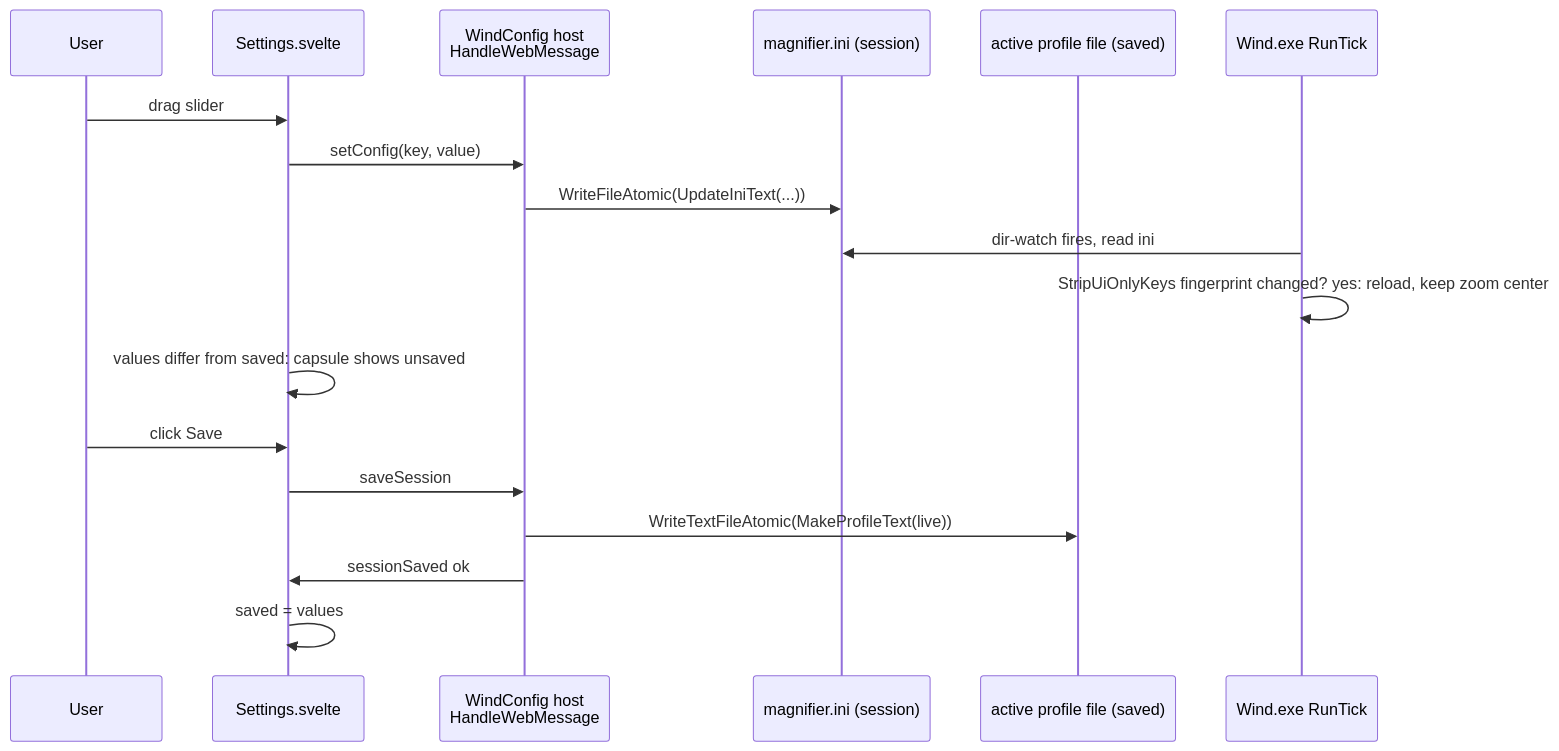
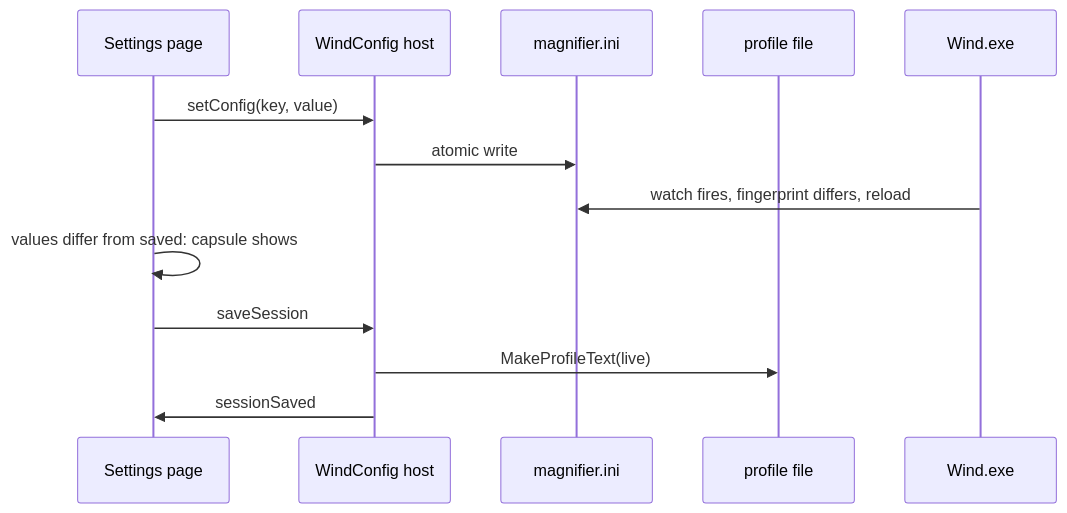
Before and after one commit to Maxaubert/Wind: the second of 2 diagrams in docs/architecture/09-settings-ui.md, drawn with Mermaid. The commit also changed other lines of this file and 142 other files, not shown here.

First line of the commit message:
docs: overhaul README, CLAUDE.md, architecture and findings (#357) (#358)

````diff
--- a/docs/architecture/09-settings-ui.md
+++ b/docs/architecture/09-settings-ui.md
@@ -270,20 +139,15 @@
 ```mermaid
 sequenceDiagram
-  participant U as User
-  participant S as Settings.svelte
-  participant H as WindConfig host<br/>HandleWebMessage
-  participant I as magnifier.ini (session)
-  participant P as active profile file (saved)
-  participant W as Wind.exe RunTick
-  U->>S: drag slider
+  participant S as Settings page
+  participant H as WindConfig host
+  participant I as magnifier.ini
+  participant P as profile file
+  participant W as Wind.exe
   S->>H: setConfig(key, value)
-  H->>I: WriteFileAtomic(UpdateIniText(...))
-  W->>I: dir-watch fires, read ini
-  W->>W: StripUiOnlyKeys fingerprint changed? yes: reload, keep zoom center
-  S->>S: values differ from saved: capsule shows unsaved
-  U->>S: click Save
+  H->>I: atomic write
+  W->>I: watch fires, fingerprint differs, reload
+  S->>S: values differ from saved: capsule shows
   S->>H: saveSession
-  H->>P: WriteTextFileAtomic(MakeProfileText(live))
-  H->>S: sessionSaved ok
-  S->>S: saved = values
+  H->>P: MakeProfileText(live)
+  H->>S: sessionSaved
 ```
````
